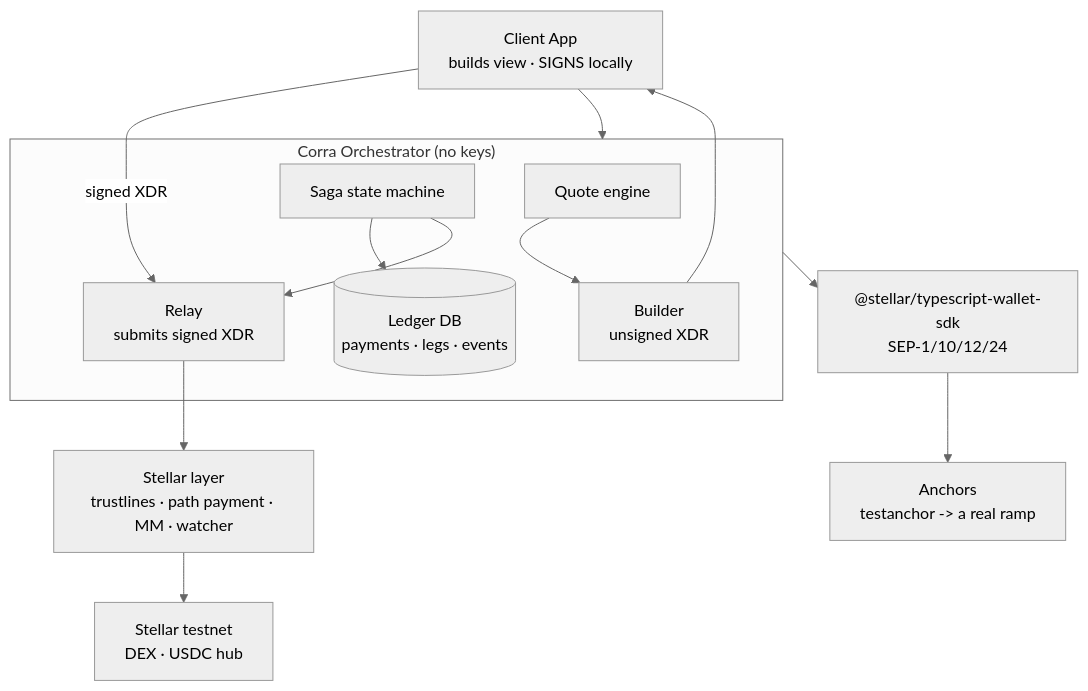
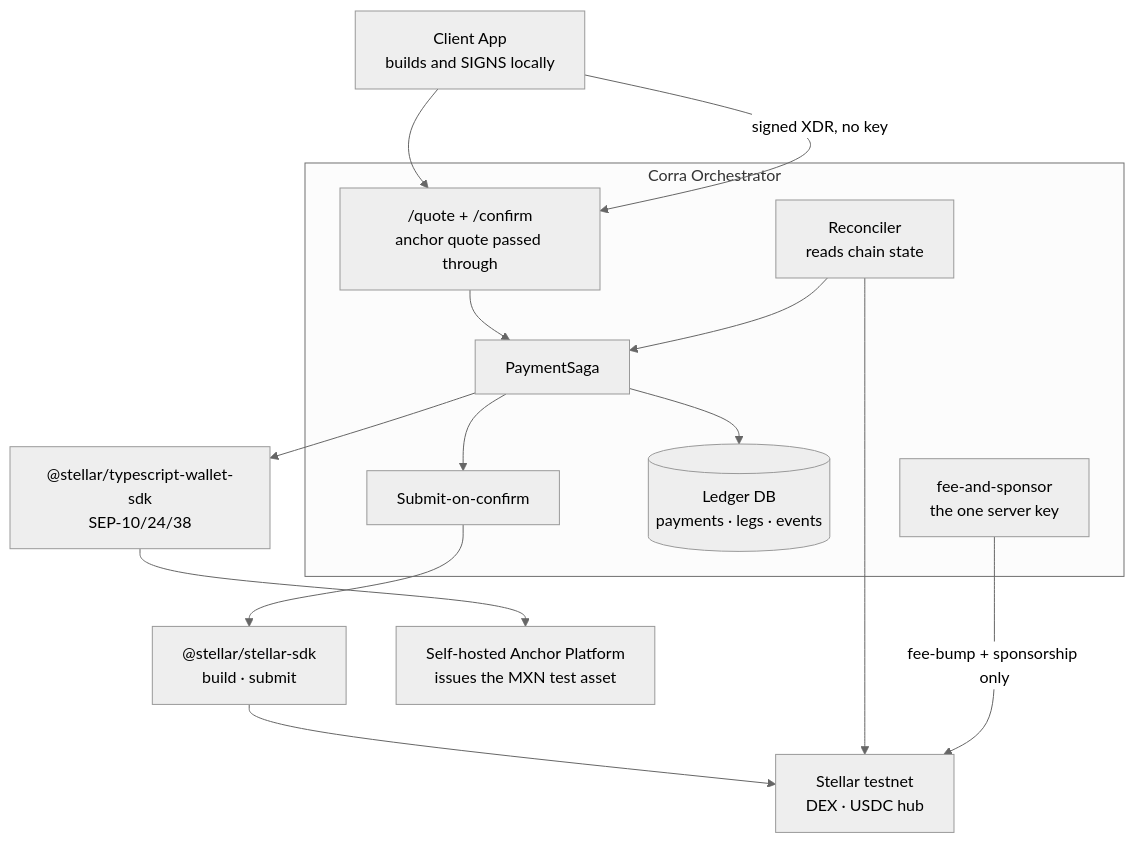
The first of 3 diagrams in docs/architecture.md (yigitcangokmen/corramoney), drawn with Mermaid (neutral theme) before and after one commit. The commit also changed other lines of this file and 8 other files, not shown here.

````diff
--- a/docs/architecture.md
+++ b/docs/architecture.md
@@ -143,26 +156,29 @@
 ```mermaid
 flowchart TB
-    App["Client App<br/>builds view · SIGNS locally"]
-    subgraph Core["Corra Orchestrator (no keys)"]
-        Q["Quote engine"]
-        B["Builder<br/>unsigned XDR"]
-        SAGA["Saga state machine"]
-        REL["Relay<br/>submits signed XDR"]
+    App["Client App<br/>builds and SIGNS locally"]
+    subgraph Core["Corra Orchestrator"]
+        API["/quote + /confirm<br/>anchor quote passed through"]
+        SAGA["PaymentSaga"]
+        SUB["Submit-on-confirm"]
+        REC["Reconciler<br/>reads chain state"]
         LED[("Ledger DB<br/>payments · legs · events")]
+        FEE["fee-and-sponsor<br/>the one server key"]
     end
-    SDK["@stellar/typescript-wallet-sdk<br/>SEP-1/10/12/24"]
-    STL["Stellar layer<br/>trustlines · path payment · MM · watcher"]
-    ANC["Anchors<br/>testanchor -> a real ramp"]
+    SDK["@stellar/typescript-wallet-sdk<br/>SEP-10/24/38"]
+    STL["@stellar/stellar-sdk<br/>build · submit"]
+    ANC["Self-hosted Anchor Platform<br/>issues the MXN test asset"]
     NET["Stellar testnet<br/>DEX · USDC hub"]
 
-    App --> Core
-    Q --> B
-    B --> App
-    App -- "signed XDR" --> REL
+    App --> API
+    API --> SAGA
     SAGA --> LED
-    SAGA --> REL
-    Core --> SDK
+    SAGA --> SUB
+    REC --> SAGA
+    App -- "signed XDR, no key" --> API
+    SAGA --> SDK
     SDK --> ANC
-    REL --> STL
+    SUB --> STL
     STL --> NET
+    REC --> NET
+    FEE -- "fee-bump + sponsorship only" --> NET
 ```
````
